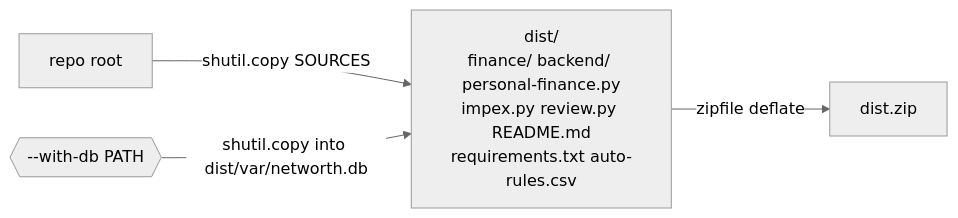
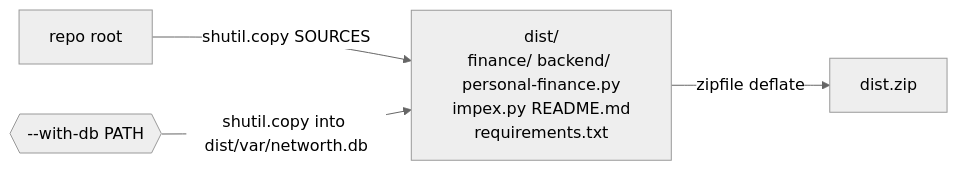
One commit to schprojects/personal-finance changed the fifth of 5 diagrams in diagrams.md. Above: the diagram before and after it, drawn with Mermaid (neutral theme). The commit also changed other lines of this file and 18 other files, not shown here.

````diff
--- a/diagrams.md
+++ b/diagrams.md
@@ -350,11 +337,11 @@
 ```mermaid
 flowchart LR
     Repo["repo root"]
-    Dist["dist/<br/>finance/ backend/ personal-finance.py<br/>impex.py review.py README.md<br/>requirements.txt auto-rules.csv"]
+    Dist["dist/<br/>finance/ backend/ personal-finance.py<br/>impex.py README.md<br/>requirements.txt"]
     Zip["dist.zip"]
     Seed{{"--with-db PATH"}}
 
     Repo -- "shutil.copy SOURCES" --> Dist
     Seed -- "shutil.copy into dist/var/networth.db" --> Dist
     Dist -- "zipfile deflate" --> Zip
 ```
````
